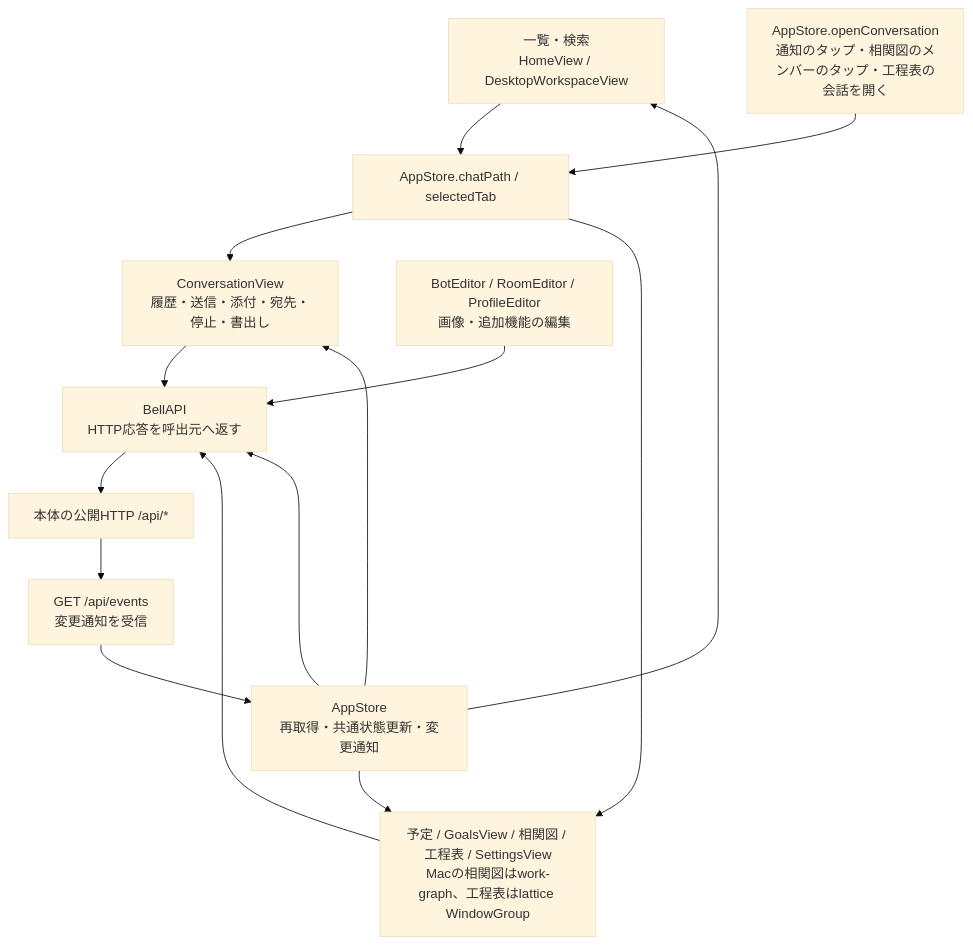
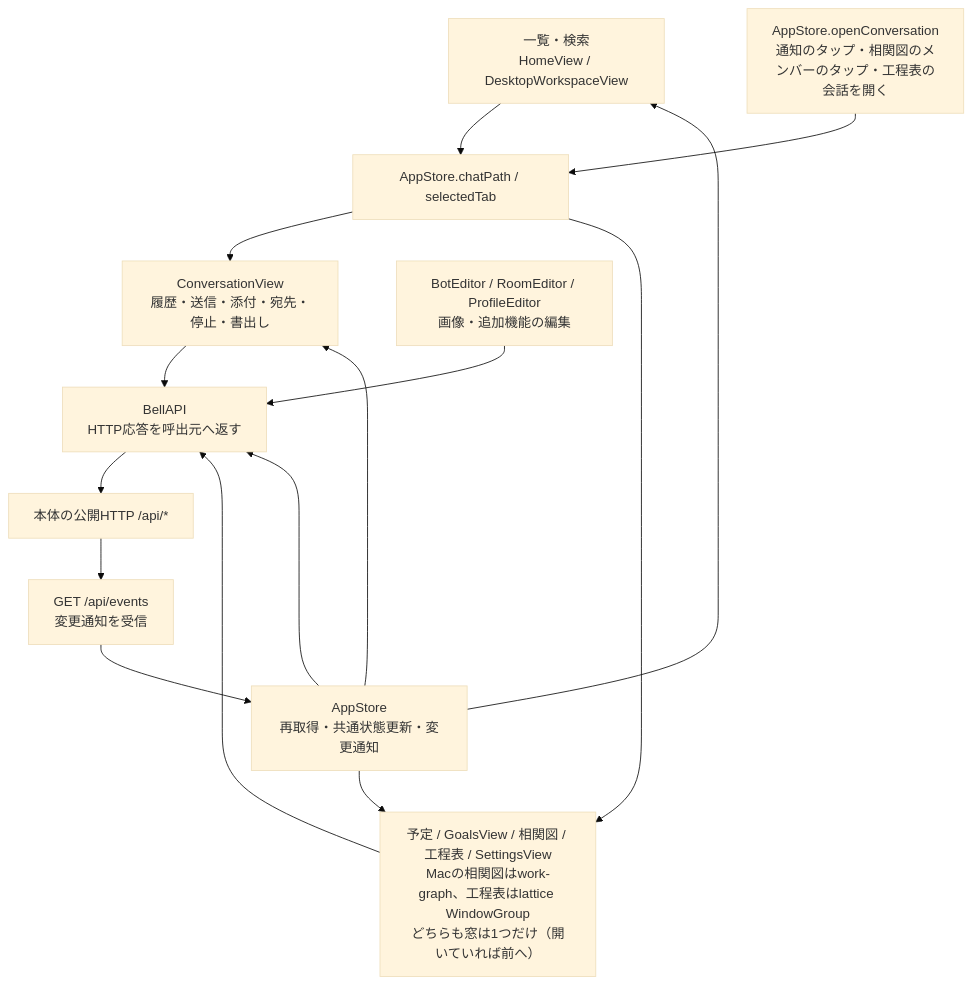
Before and after one commit to kitepon/BellTeam: the second of 3 diagrams in docs/architecture/modules/apple/overview.md, drawn with Mermaid (base theme). The commit also changed 4 other files, not shown here.

First line of the commit message:
Mac: one 相関図 window and one 工程表 window (a140)

````diff
--- a/docs/architecture/modules/apple/overview.md
+++ b/docs/architecture/modules/apple/overview.md
@@ -30,17 +30,17 @@
 ```mermaid
 flowchart TD
   List["一覧・検索<br/>HomeView / DesktopWorkspaceView"] --> Selection["AppStore.chatPath / selectedTab"]
   Selection --> Chat["ConversationView<br/>履歴・送信・添付・宛先・停止・書出し"]
-  Selection --> Pages["予定 / GoalsView / 相関図 / 工程表 / SettingsView<br/>Macの相関図はwork-graph、工程表はlattice WindowGroup"]
+  Selection --> Pages["予定 / GoalsView / 相関図 / 工程表 / SettingsView<br/>Macの相関図はwork-graph、工程表はlattice WindowGroup<br/>どちらも窓は1つだけ（開いていれば前へ）"]
   Open["AppStore.openConversation<br/>通知のタップ・相関図のメンバーのタップ・工程表の会話を開く"] --> Selection
   Edit["BotEditor / RoomEditor / ProfileEditor<br/>画像・追加機能の編集"] --> HTTP["BellAPI<br/>HTTP応答を呼出元へ返す"]
   Chat --> HTTP
   Pages --> HTTP
   HTTP --> Server["本体の公開HTTP /api/*"]
   Server --> Events["GET /api/events<br/>変更通知を受信"]
   Events --> Store["AppStore<br/>再取得・共通状態更新・変更通知"]
   Store --> List
   Store --> Chat
   Store --> Pages
   Store --> HTTP
 ```
````
